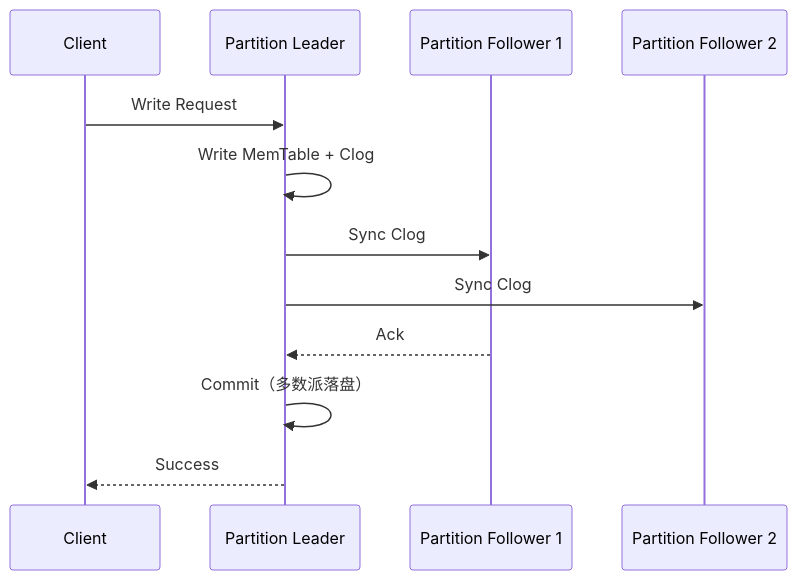
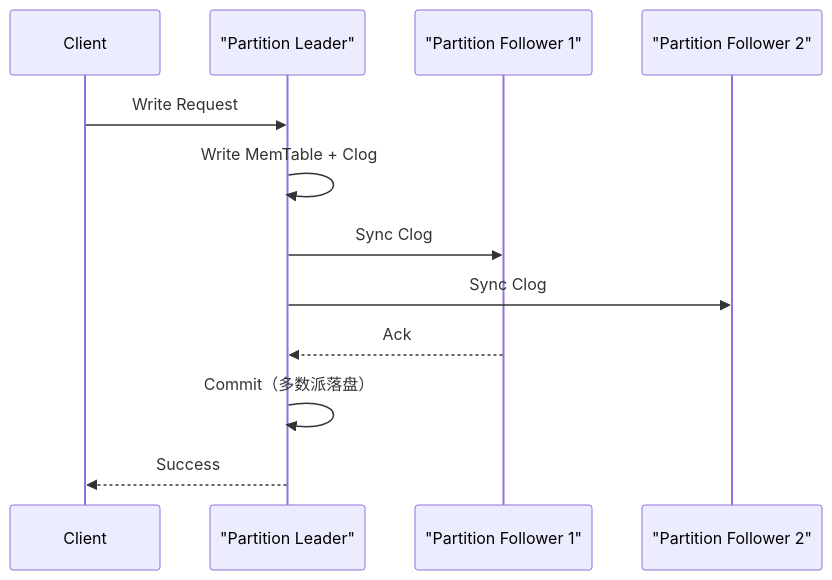
Diagram 15 of 20 in 08-mysql/README.md (kane201x/javadoc), drawn with Mermaid before and after one commit. The commit also changed other lines of this file and 12 other files, not shown here.

First line of the commit message:
fix: correct mermaid diagram syntax across all modules

````diff
--- a/08-mysql/README.md
+++ b/08-mysql/README.md
@@ -1326,15 +1326,15 @@
 ```mermaid
 sequenceDiagram
     participant C as Client
-    participant L as Partition Leader
-    participant F1 as Partition Follower 1
-    participant F2 as Partition Follower 2
+    participant L as "Partition Leader"
+    participant F1 as "Partition Follower 1"
+    participant F2 as "Partition Follower 2"
     
     C->>L: Write Request
     L->>L: Write MemTable + Clog
     L->>F1: Sync Clog
     L->>F2: Sync Clog
     F1-->>L: Ack
     L->>L: Commit（多数派落盘）
     L-->>C: Success
 ```
````
